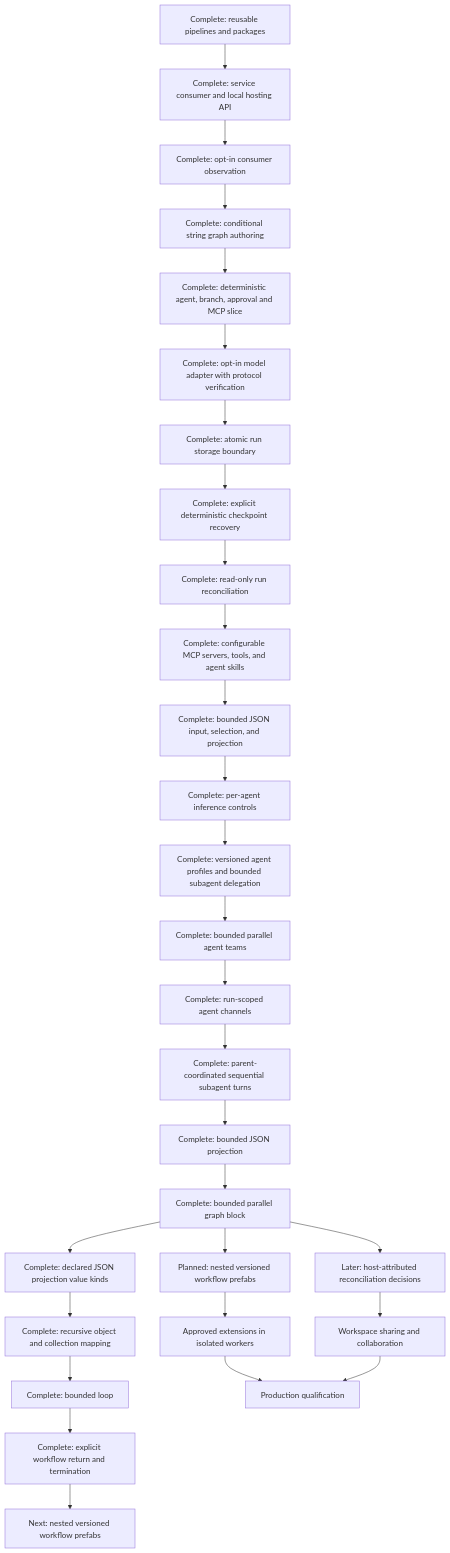
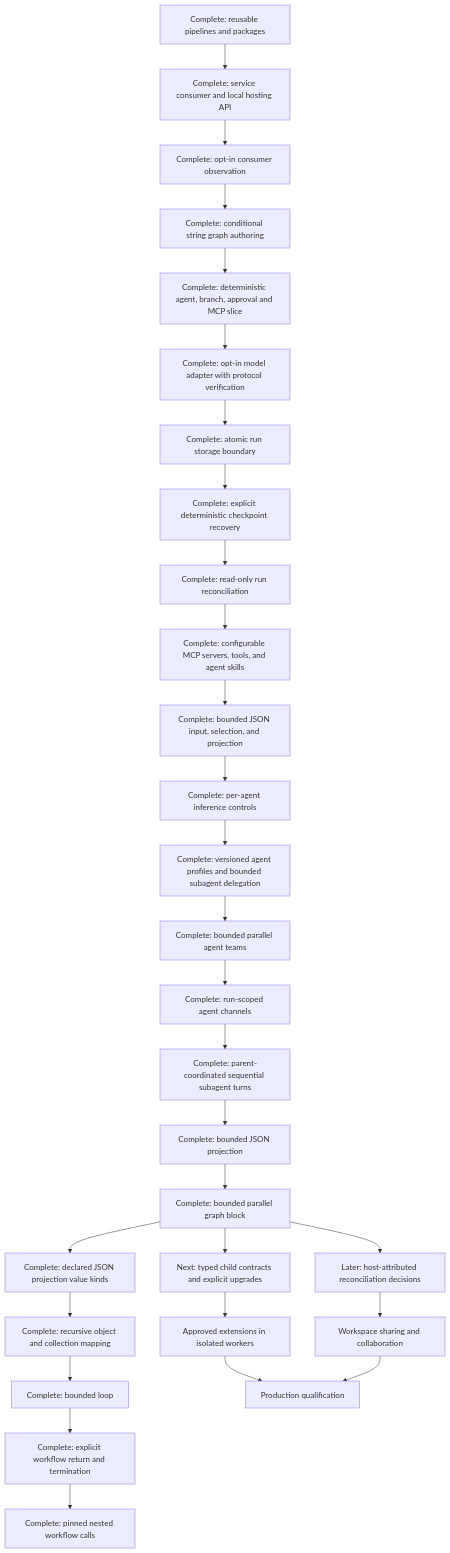
Before and after one commit to gnalvesteffer/visual-agent-workflow: the diagram in docs/roadmap.md, drawn with Mermaid. The commit also changed other lines of this file and 23 other files, not shown here.

Commit message:
feat: add pinned nested workflow calls

````diff
--- a/docs/roadmap.md
+++ b/docs/roadmap.md
@@ -86,30 +86,30 @@
 ```mermaid
 flowchart TD
     Reuse["Complete: reusable pipelines and packages"] --> Hosting["Complete: service consumer and local hosting API"]
     Hosting --> Observe["Complete: opt-in consumer observation"]
     Observe --> Graph["Complete: conditional string graph authoring"]
     Graph --> Vertical["Complete: deterministic agent, branch, approval and MCP slice"]
     Vertical --> Models["Complete: opt-in model adapter with protocol verification"]
     Models --> Store["Complete: atomic run storage boundary"]
     Store --> Recovery["Complete: explicit deterministic checkpoint recovery"]
     Recovery --> Assess["Complete: read-only run reconciliation"]
     Assess --> Agents["Complete: configurable MCP servers, tools, and agent skills"]
     Agents --> JsonData["Complete: bounded JSON input, selection, and projection"]
     JsonData --> Controls["Complete: per-agent inference controls"]
     Controls --> Delegation["Complete: versioned agent profiles and bounded subagent delegation"]
     Delegation --> Teams["Complete: bounded parallel agent teams"]
     Teams --> Channels["Complete: run-scoped agent channels"]
     Channels --> DelegationRounds["Complete: parent-coordinated sequential subagent turns"]
     DelegationRounds --> JsonProjection["Complete: bounded JSON projection"]
     JsonProjection --> Orchestration["Complete: bounded parallel graph block"]
     Orchestration --> ProjectionTypes["Complete: declared JSON projection value kinds"]
     ProjectionTypes --> TypedMapping["Complete: recursive object and collection mapping"]
     TypedMapping --> Loops["Complete: bounded loop"]
-    Loops --> Exit["Complete: explicit workflow return and termination"] --> Next["Next: nested versioned workflow prefabs"]
-    Orchestration --> Assets["Planned: nested versioned workflow prefabs"]
+    Loops --> Exit["Complete: explicit workflow return and termination"] --> Next["Complete: pinned nested workflow calls"]
+    Orchestration --> Assets["Next: typed child contracts and explicit upgrades"]
     Orchestration --> Durable["Later: host-attributed reconciliation decisions"]
     Assets --> Extensions["Approved extensions in isolated workers"]
     Durable --> Collaboration["Workspace sharing and collaboration"]
     Extensions --> Production["Production qualification"]
     Collaboration --> Production
 ```
````
